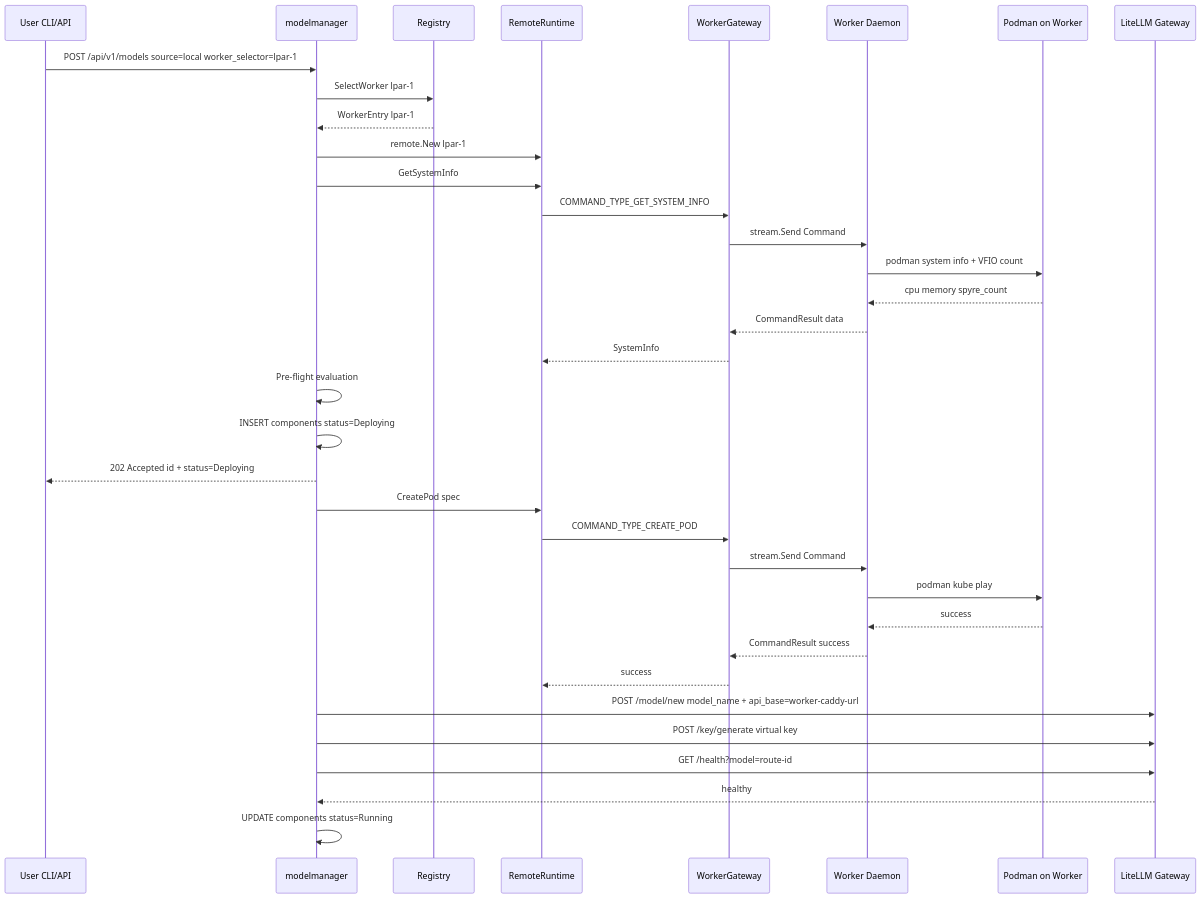
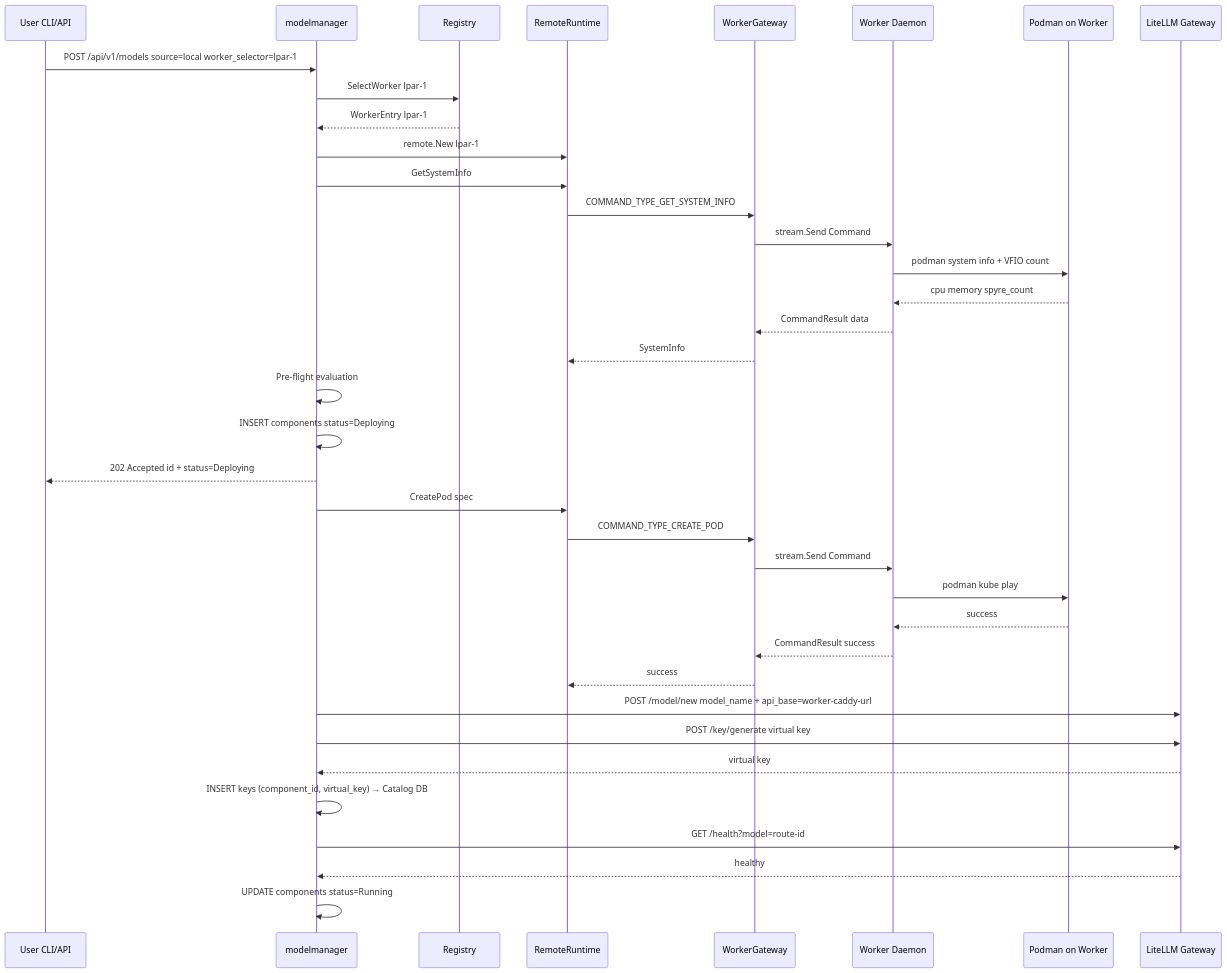
One commit to IBM/project-ai-services changed the third of 3 diagrams in docs/proposals/model-management/model-management-architecture.md. Above: the diagram before and after it, drawn with Mermaid. The commit also changed other lines of this file, not shown here.

Commit message:
Bulletins for architecture

````diff
--- a/docs/proposals/model-management/model-management-architecture.md
+++ b/docs/proposals/model-management/model-management-architecture.md
@@ -165,42 +186,44 @@
 ```mermaid
 sequenceDiagram
     participant U as User CLI/API
     participant MM as modelmanager
     participant REG as Registry
     participant RR as RemoteRuntime
     participant GW as WorkerGateway
     participant DA as Worker Daemon
     participant PM as Podman on Worker
     participant LLM as LiteLLM Gateway
 
     U->>MM: POST /api/v1/models source=local worker_selector=lpar-1
     MM->>REG: SelectWorker lpar-1
     REG-->>MM: WorkerEntry lpar-1
     MM->>RR: remote.New lpar-1
 
     MM->>RR: GetSystemInfo
     RR->>GW: COMMAND_TYPE_GET_SYSTEM_INFO
     GW->>DA: stream.Send Command
     DA->>PM: podman system info + VFIO count
     PM-->>DA: cpu memory spyre_count
     DA-->>GW: CommandResult data
     GW-->>RR: SystemInfo
     MM->>MM: Pre-flight evaluation
 
     MM->>MM: INSERT components status=Deploying
     MM-->>U: 202 Accepted id + status=Deploying
 
     MM->>RR: CreatePod spec
     RR->>GW: COMMAND_TYPE_CREATE_POD
     GW->>DA: stream.Send Command
     DA->>PM: podman kube play
     PM-->>DA: success
     DA-->>GW: CommandResult success
     GW-->>RR: success
 
     MM->>LLM: POST /model/new model_name + api_base=worker-caddy-url
     MM->>LLM: POST /key/generate virtual key
+    LLM-->>MM: virtual key
+    MM->>MM: INSERT keys (component_id, virtual_key) → Catalog DB
     MM->>LLM: GET /health?model=route-id
     LLM-->>MM: healthy
     MM->>MM: UPDATE components status=Running
 ```
````
